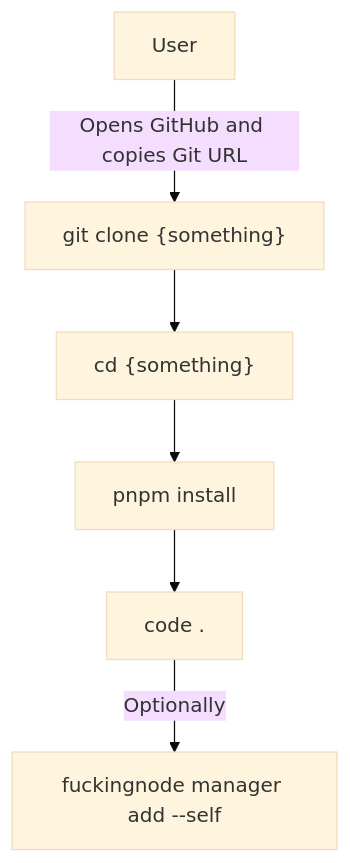
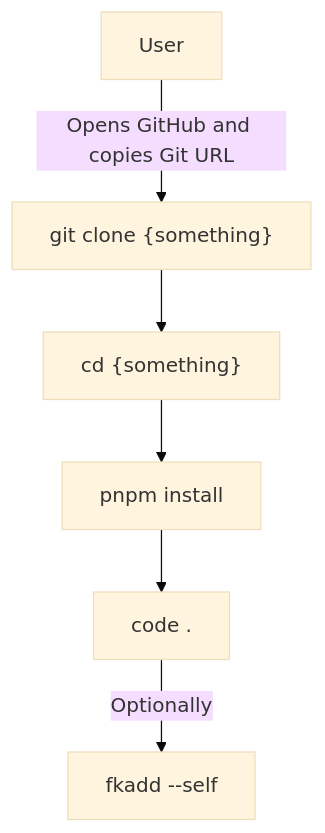
The diagram in docs/learn/kickstart.md (ZakaHaceCosas/FuckingNode), drawn with Mermaid (base theme) before and after one commit. The commit also changed 5 other files, not shown here.

````diff
--- a/docs/learn/kickstart.md
+++ b/docs/learn/kickstart.md
@@ -9,9 +9,9 @@
 ```mermaid
 graph TD
     A["User"]
     A -->|Opens GitHub and copies Git URL| B["git clone {something}"]
     B --> C["cd {something}"]
     C --> D["pnpm install"]
     D --> E["code ."]
-    E -->|Optionally| F["fuckingnode manager add --self"]
+    E -->|Optionally| F["fkadd --self"]
 ```
````
